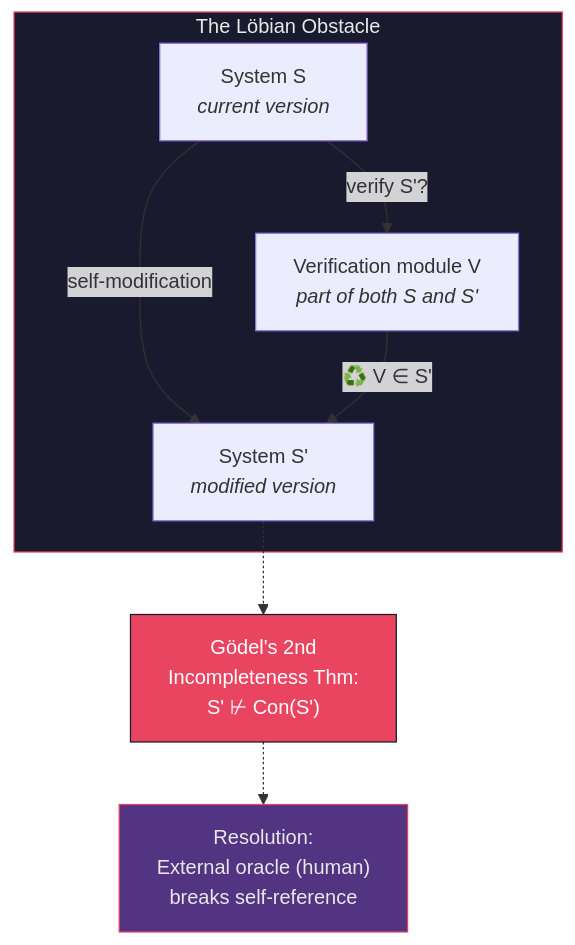
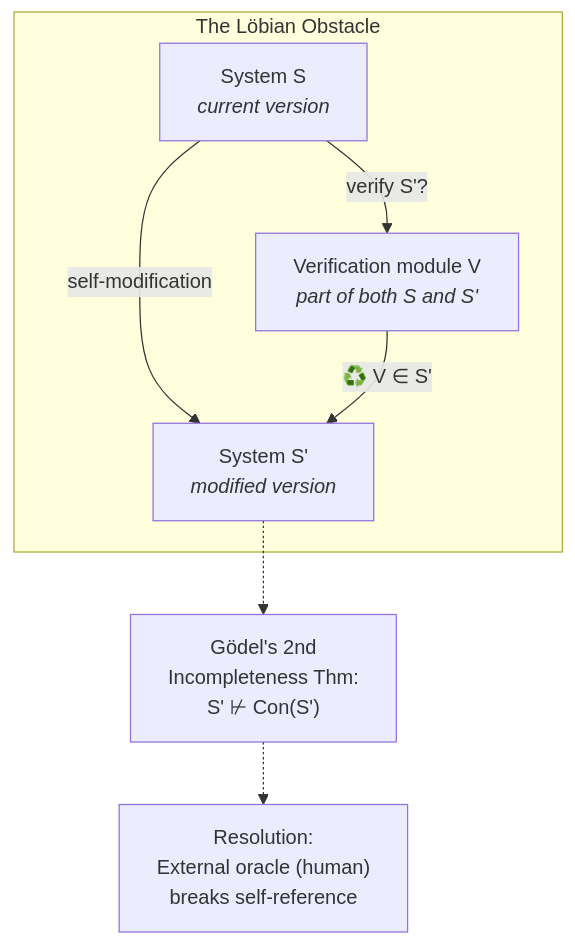
Before and after one commit to docxology/codomyrmex: the second of 2 diagrams in docs/agi/formal_specification.md, drawn with Mermaid. The commit also changed other lines of this file and 86 other files, not shown here.

````diff
--- a/docs/agi/formal_specification.md
+++ b/docs/agi/formal_specification.md
@@ -103,22 +100,18 @@
 ```mermaid
 graph TD
     subgraph LOBIAN["The Löbian Obstacle"]
         S["System S<br/><i>current version</i>"]
         S_PRIME["System S'<br/><i>modified version</i>"]
         VERIFY["Verification module V<br/><i>part of both S and S'</i>"]
     end
 
     S -->|"self-modification"| S_PRIME
     S -->|"verify S'?"| VERIFY
     VERIFY -->|"♻️ V ∈ S'"| S_PRIME
 
     GODEL["Gödel's 2nd<br/>Incompleteness Thm:<br/>S' ⊬ Con(S')"]
     S_PRIME -.-> GODEL
 
     RESOLUTION["Resolution:<br/>External oracle (human)<br/>breaks self-reference"]
     GODEL -.-> RESOLUTION
-
-    style LOBIAN fill:#1a1a2e,stroke:#e94560,color:#e8e8e8
-    style GODEL fill:#e94560,stroke:#1a1a2e,color:#fff
-    style RESOLUTION fill:#533483,stroke:#e94560,color:#e8e8e8
 ```
````
